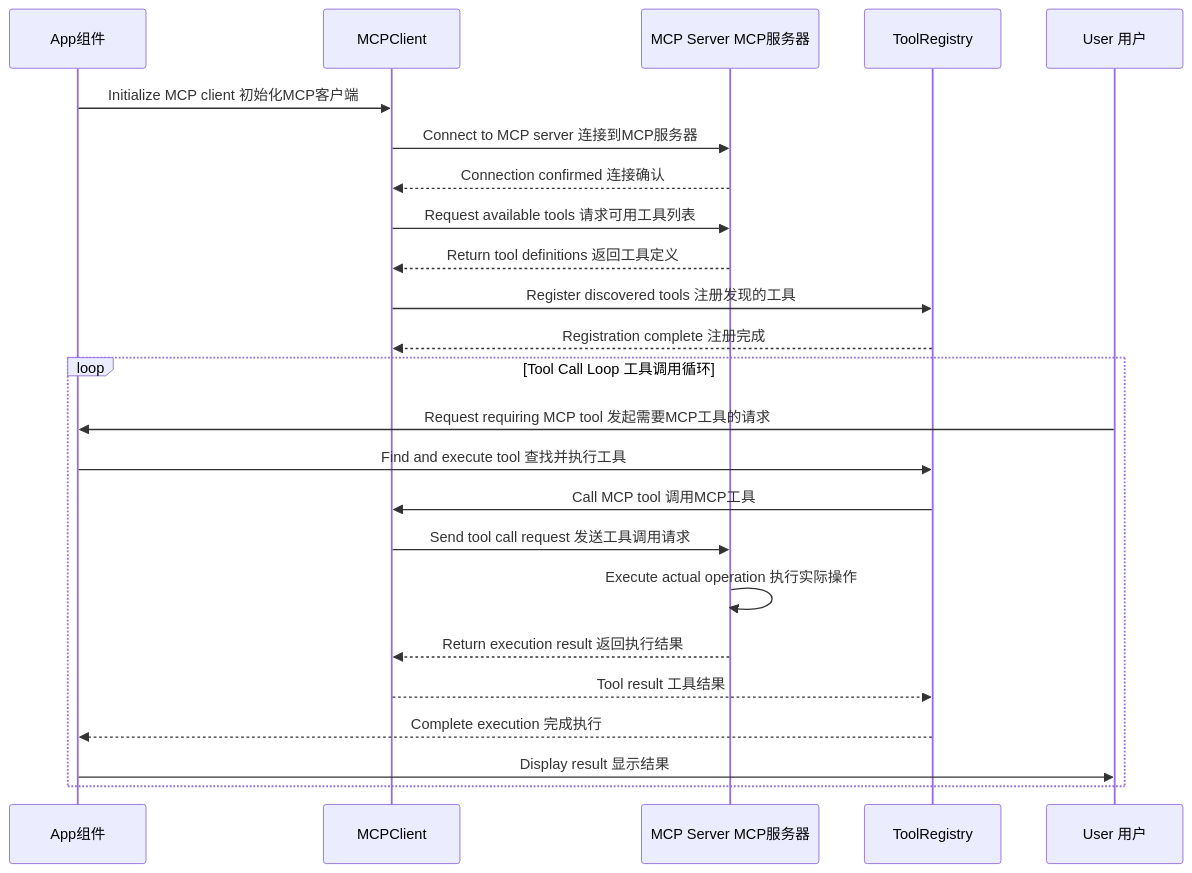
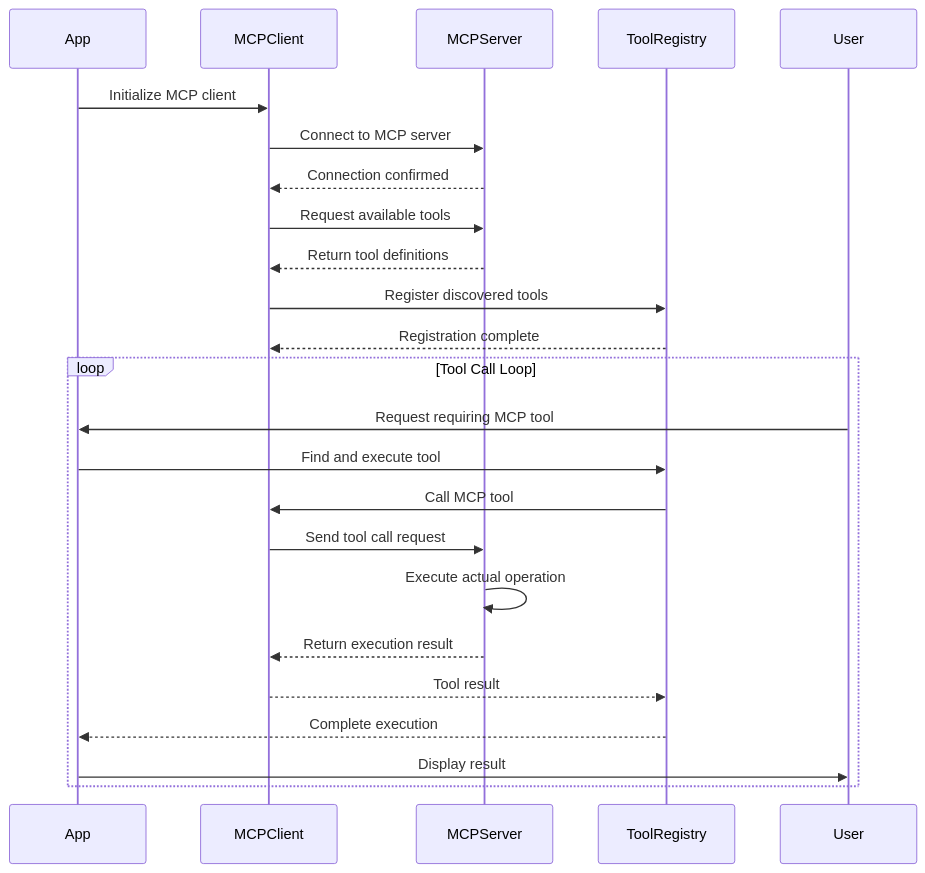
One commit to zhuangbiaowei/vitepress-ospo-writing-project changed the fourth of 6 diagrams in docs/articles/gemini-cli-user-interaction-sequence.md. Above: the diagram before and after it, drawn with Mermaid. The commit also changed other lines of this file and 113 other files, not shown here.

````diff
--- a/docs/articles/gemini-cli-user-interaction-sequence.md
+++ b/docs/articles/gemini-cli-user-interaction-sequence.md
@@ -153,29 +153,29 @@
 ```mermaid
 sequenceDiagram
-    participant App as App组件
+    participant App as App
     participant MCPClient as MCPClient
-    participant MCPServer as MCP Server MCP服务器
+    participant MCPServer as MCPServer
     participant ToolRegistry as ToolRegistry
-    participant User as User 用户
+    participant User as User
 
-    App->>MCPClient: Initialize MCP client 初始化MCP客户端
-    MCPClient->>MCPServer: Connect to MCP server 连接到MCP服务器
-    MCPServer-->>MCPClient: Connection confirmed 连接确认
+    App->>MCPClient: Initialize MCP client
+    MCPClient->>MCPServer: Connect to MCP server
+    MCPServer-->>MCPClient: Connection confirmed
     
-    MCPClient->>MCPServer: Request available tools 请求可用工具列表
-    MCPServer-->>MCPClient: Return tool definitions 返回工具定义
-    MCPClient->>ToolRegistry: Register discovered tools 注册发现的工具
-    ToolRegistry-->>MCPClient: Registration complete 注册完成
+    MCPClient->>MCPServer: Request available tools
+    MCPServer-->>MCPClient: Return tool definitions
+    MCPClient->>ToolRegistry: Register discovered tools
+    ToolRegistry-->>MCPClient: Registration complete
     
-    loop Tool Call Loop 工具调用循环
-        User->>App: Request requiring MCP tool 发起需要MCP工具的请求
-        App->>ToolRegistry: Find and execute tool 查找并执行工具
-        ToolRegistry->>MCPClient: Call MCP tool 调用MCP工具
-        MCPClient->>MCPServer: Send tool call request 发送工具调用请求
-        MCPServer->>MCPServer: Execute actual operation 执行实际操作
-        MCPServer-->>MCPClient: Return execution result 返回执行结果
-        MCPClient-->>ToolRegistry: Tool result 工具结果
-        ToolRegistry-->>App: Complete execution 完成执行
-        App->>User: Display result 显示结果
+    loop Tool Call Loop
+        User->>App: Request requiring MCP tool
+        App->>ToolRegistry: Find and execute tool
+        ToolRegistry->>MCPClient: Call MCP tool
+        MCPClient->>MCPServer: Send tool call request
+        MCPServer->>MCPServer: Execute actual operation
+        MCPServer-->>MCPClient: Return execution result
+        MCPClient-->>ToolRegistry: Tool result
+        ToolRegistry-->>App: Complete execution
+        App->>User: Display result
     end
 ```
````
